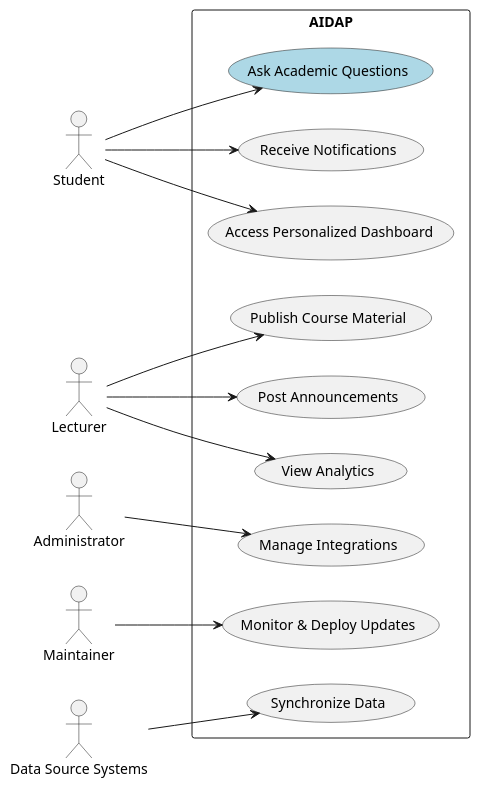
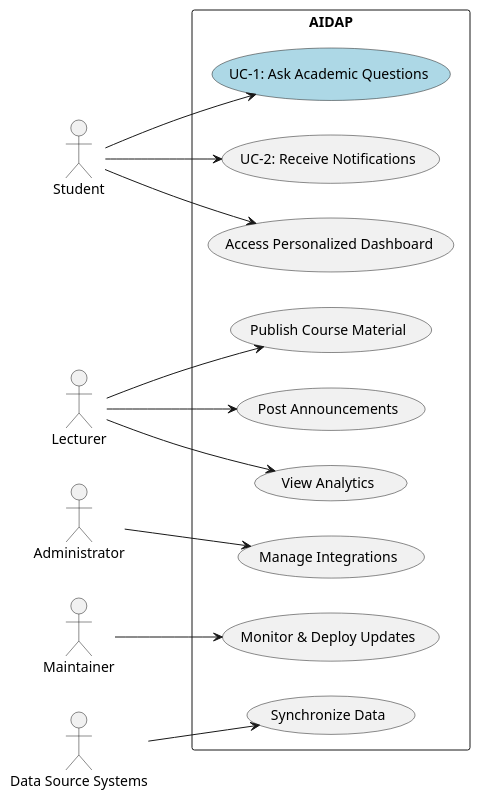
One commit to OTUSOFE365025/project-group-26-crn-45894 changed the first of 2 diagrams in Use Cases.md. Above: the diagram before and after it, drawn with PlantUML. The commit also changed other lines of this file, not shown here.

Commit message:
added usecase id

````diff
--- a/Use Cases.md
+++ b/Use Cases.md
@@ -32,32 +32,32 @@
 ```plantuml
 @startuml
 left to right direction
 actor Student as S
 actor Lecturer as L
 actor Administrator as A
 actor Maintainer as M
 actor "Data Source Systems" as D
 
 rectangle AIDAP {
-  usecase "Ask Academic Questions" as UC1 #LightBlue
-  usecase "Receive Notifications" as UC2
+  usecase "UC-1: Ask Academic Questions" as UC1 #LightBlue
+  usecase "UC-2: Receive Notifications" as UC2
   usecase "Access Personalized Dashboard" as UC3
   usecase "Publish Course Material" as UC4
   usecase "Post Announcements" as UC5
   usecase "View Analytics" as UC6
   usecase "Manage Integrations" as UC7
   usecase "Monitor & Deploy Updates" as UC8
   usecase "Synchronize Data" as UC9
 }
 
 S --> UC1
 S --> UC2
 S --> UC3
 L --> UC4
 L --> UC5
 L --> UC6
 A --> UC7
 M --> UC8
 D --> UC9
 @enduml
 ```
````
